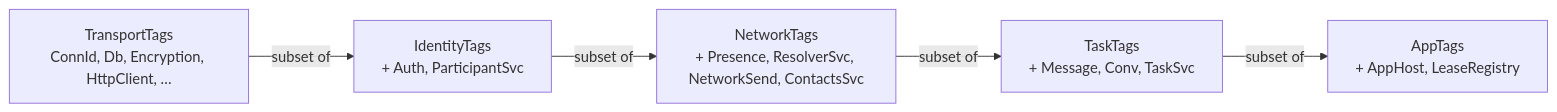
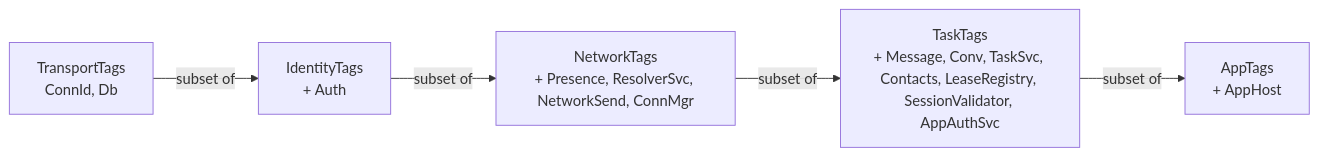
One commit to chughtapan/moltzap changed the diagram in packages/server/src/transport/README.md. Above: the diagram before and after it, drawn with Mermaid. The commit also changed 16 other files, not shown here.

````diff
--- a/packages/server/src/transport/README.md
+++ b/packages/server/src/transport/README.md
@@ -12,10 +12,10 @@
 ```mermaid
 flowchart LR
-  T["TransportTags<br>ConnId, Db, Encryption, HttpClient, …"]
-  I["IdentityTags<br>+ Auth, ParticipantSvc"]
-  N["NetworkTags<br>+ Presence, ResolverSvc, NetworkSend, ContactsSvc"]
-  K["TaskTags<br>+ Message, Conv, TaskSvc"]
-  A["AppTags<br>+ AppHost, LeaseRegistry"]
+  T["TransportTags<br>ConnId, Db"]
+  I["IdentityTags<br>+ Auth"]
+  N["NetworkTags<br>+ Presence, ResolverSvc, NetworkSend, ConnMgr"]
+  K["TaskTags<br>+ Message, Conv, TaskSvc, Contacts, LeaseRegistry, SessionValidator, AppAuthSvc"]
+  A["AppTags<br>+ AppHost"]
 
   T -->|"subset of"| I -->|"subset of"| N -->|"subset of"| K -->|"subset of"| A
 ```
````
